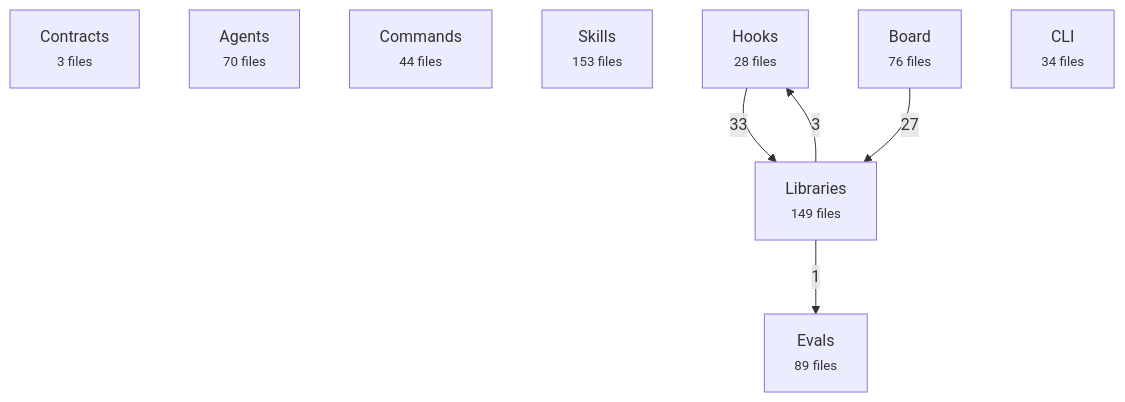
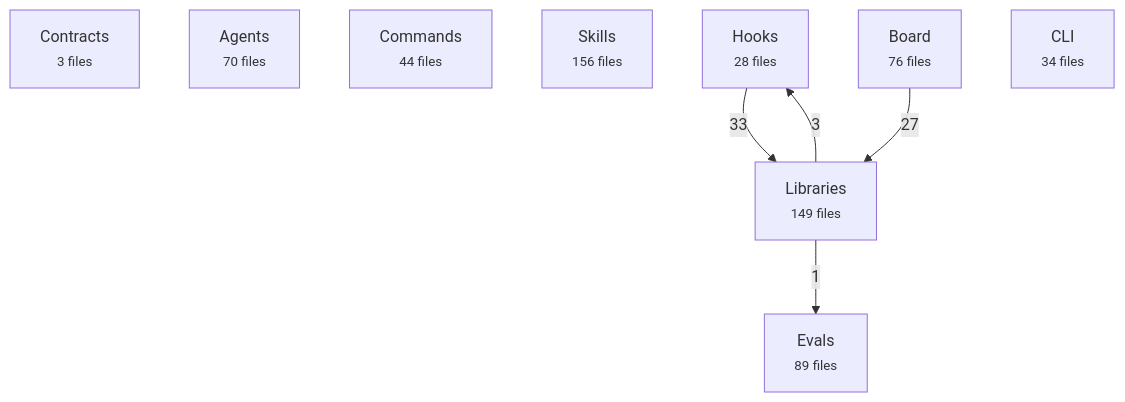
The first of 2 diagrams in docs/reference/architecture-map.md (avelikiy/great_cto), drawn with Mermaid before and after one commit. The commit also changed other lines of this file and 93 other files, not shown here.

````diff
--- a/docs/reference/architecture-map.md
+++ b/docs/reference/architecture-map.md
@@ -20,16 +20,16 @@
 ```mermaid
 flowchart TD
   contracts["Contracts<br/><small>3 files</small>"]
   agents["Agents<br/><small>70 files</small>"]
   commands["Commands<br/><small>44 files</small>"]
-  skills["Skills<br/><small>153 files</small>"]
+  skills["Skills<br/><small>156 files</small>"]
   hooks["Hooks<br/><small>28 files</small>"]
   libs["Libraries<br/><small>149 files</small>"]
   board["Board<br/><small>76 files</small>"]
   cli["CLI<br/><small>34 files</small>"]
   evals["Evals<br/><small>89 files</small>"]
   hooks -->|33| libs
   board -->|27| libs
   libs -->|3| hooks
   libs -->|1| evals
 ```
````
